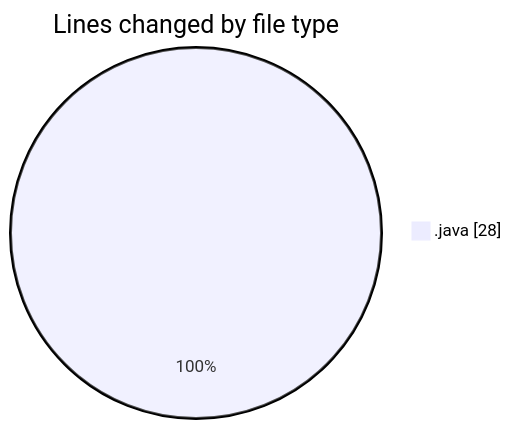
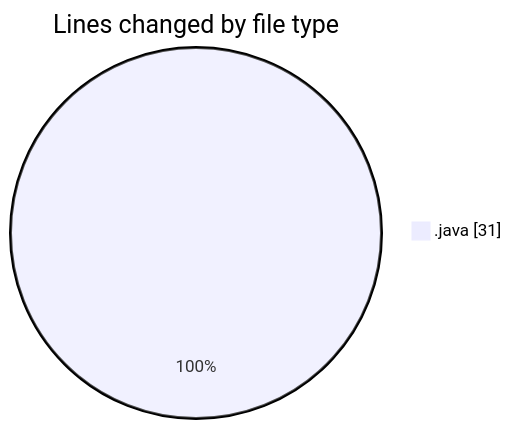
The first of 2 diagrams in 2026-01-20/java_basics/README.md (hasnaa123/code-tracking), drawn with Mermaid before and after one commit. The commit also changed other lines of this file and 1 other file, not shown here.

````diff
--- a/2026-01-20/java_basics/README.md
+++ b/2026-01-20/java_basics/README.md
@@ -23,5 +23,5 @@
 ```mermaid
 pie showData
 title Lines changed by file type
-".java" : 28
+".java" : 31
 ```
````
